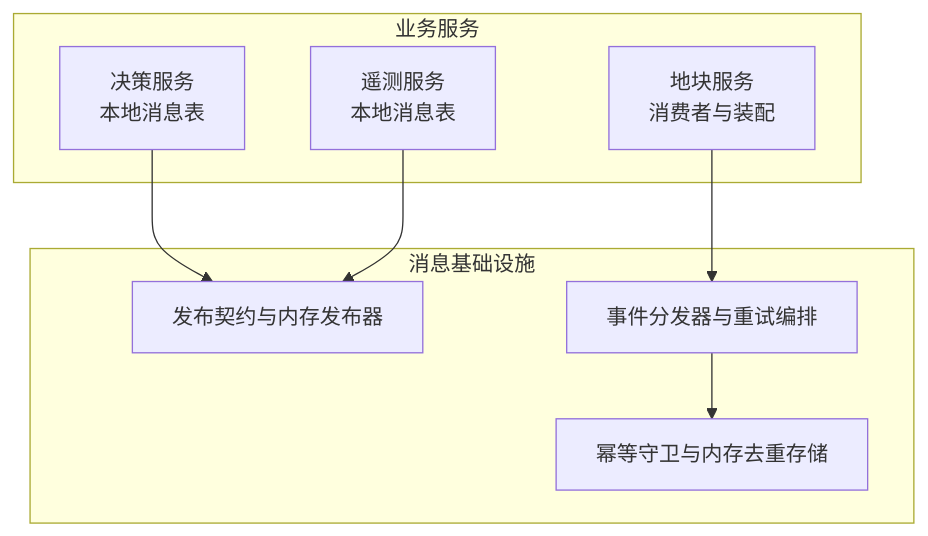
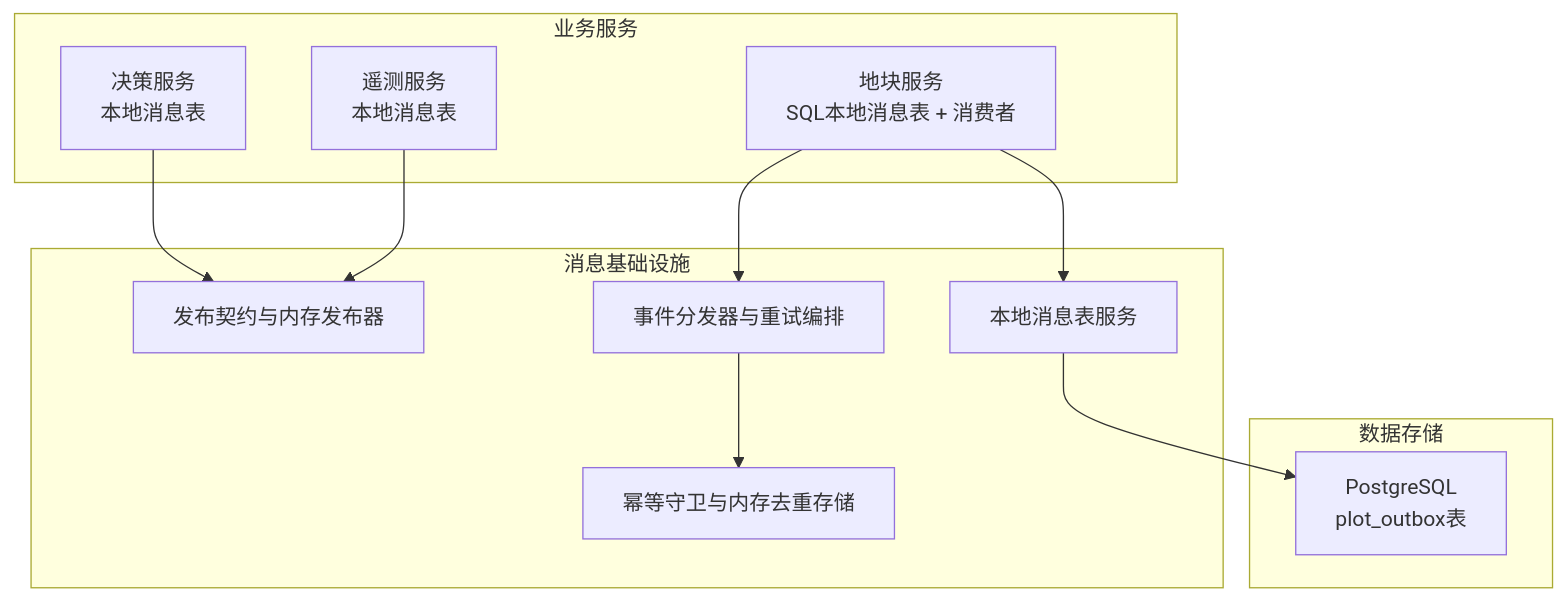
Before and after one commit to q446328246/agri-platform: the first of 15 diagrams in .qoder/repowiki/zh/content/架构设计/事件驱动架构/事件驱动架构.md, drawn with Mermaid. The commit also changed other lines of this file and 52 other files, not shown here.

````diff
--- a/.qoder/repowiki/zh/content/架构设计/事件驱动架构/事件驱动架构.md
+++ b/.qoder/repowiki/zh/content/架构设计/事件驱动架构/事件驱动架构.md
@@ -50,17 +66,23 @@
 ```mermaid
 graph TB
 subgraph "业务服务"
 DEC["决策服务<br/>本地消息表"]
 TEL["遥测服务<br/>本地消息表"]
-PLOT["地块服务<br/>消费者与装配"]
+PLOT["地块服务<br/>SQL本地消息表 + 消费者"]
 end
 subgraph "消息基础设施"
 MQ_TYPES["发布契约与内存发布器"]
 IDEM["幂等守卫与内存去重存储"]
 DISPATCH["事件分发器与重试编排"]
+OUTBOX["本地消息表服务"]
+end
+subgraph "数据存储"
+DB["PostgreSQL<br/>plot_outbox表"]
 end
 DEC --> MQ_TYPES
 TEL --> MQ_TYPES
+PLOT --> OUTBOX
+OUTBOX --> DB
 PLOT --> DISPATCH
 DISPATCH --> IDEM
 ```
````
